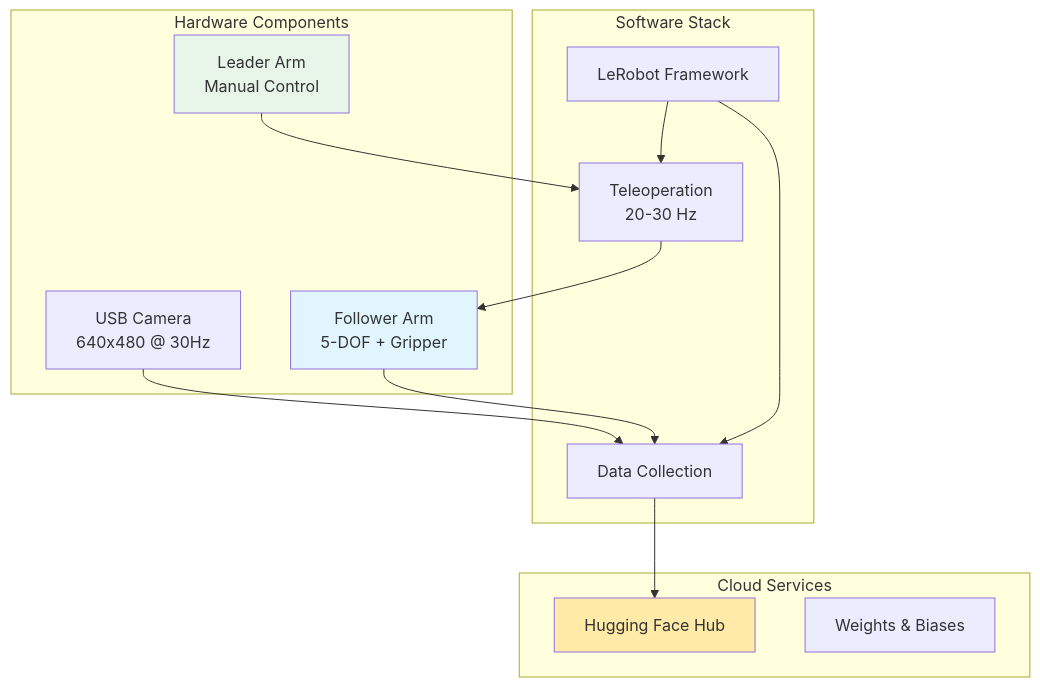
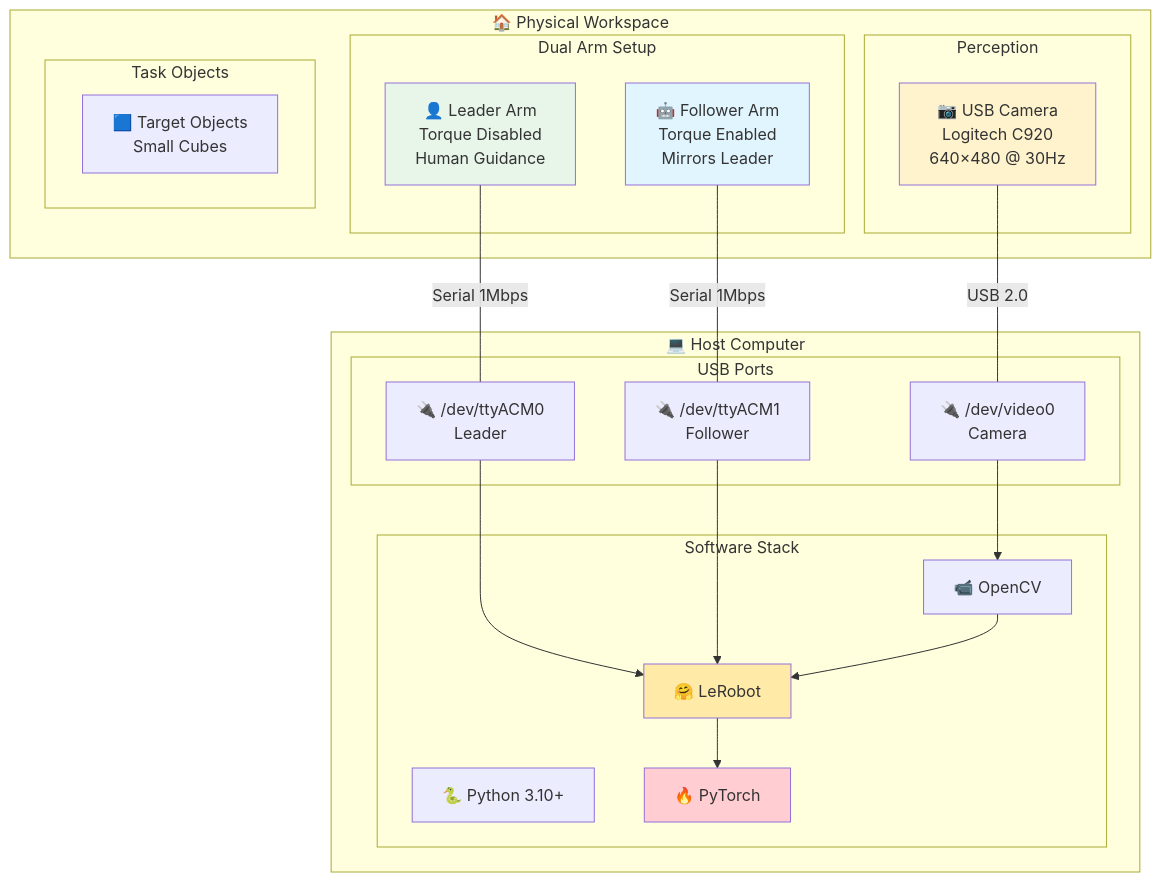
Before and after one commit to nu-jliu/nu-jliu.github.io: the first of 5 diagrams in _posts/2025-12-18-allen-vla.md, drawn with Mermaid. The commit also changed other lines of this file, not shown here.

Commit message:
update diagrams

````diff
--- a/_posts/2025-12-18-allen-vla.md
+++ b/_posts/2025-12-18-allen-vla.md
@@ -37,31 +37,48 @@
 ```mermaid
 graph TB
-    subgraph Hardware["Hardware Components"]
-        LEADER["Leader Arm<br/>Manual Control"]
-        FOLLOWER["Follower Arm<br/>5-DOF + Gripper"]
-        CAM["USB Camera<br/>640x480 @ 30Hz"]
+    subgraph Workspace["🏠 Physical Workspace"]
+        subgraph Arms["Dual Arm Setup"]
+            LEADER["👤 Leader Arm<br/>Torque Disabled<br/>Human Guidance"]
+            FOLLOWER["🤖 Follower Arm<br/>Torque Enabled<br/>Mirrors Leader"]
+        end
+
+        subgraph Sensors["Perception"]
+            CAM["📷 USB Camera<br/>Logitech C920<br/>640×480 @ 30Hz"]
+        end
+
+        subgraph Objects["Task Objects"]
+            CUBE["🟦 Target Objects<br/>Small Cubes"]
+        end
     end
 
-    subgraph Software["Software Stack"]
-        LEROBOT["LeRobot Framework"]
-        TELEOP["Teleoperation<br/>20-30 Hz"]
-        COLLECT["Data Collection"]
+    subgraph Computer["💻 Host Computer"]
+        subgraph Ports["USB Ports"]
+            USB1["🔌 /dev/ttyACM0<br/>Leader"]
+            USB2["🔌 /dev/ttyACM1<br/>Follower"]
+            USB3["🔌 /dev/video0<br/>Camera"]
+        end
+
+        subgraph Software["Software Stack"]
+            PYTHON["🐍 Python 3.10+"]
+            LEROBOT["🤗 LeRobot"]
+            OPENCV["📹 OpenCV"]
+            TORCH["🔥 PyTorch"]
+        end
     end
 
-    subgraph Cloud["Cloud Services"]
-        HF["Hugging Face Hub"]
-        WANDB["Weights & Biases"]
-    end
+    LEADER ---|"Serial 1Mbps"| USB1
+    FOLLOWER ---|"Serial 1Mbps"| USB2
+    CAM ---|"USB 2.0"| USB3
 
-    LEADER --> TELEOP
-    TELEOP --> FOLLOWER
-    CAM --> COLLECT
-    FOLLOWER --> COLLECT
-    COLLECT --> HF
-    LEROBOT --> TELEOP
-    LEROBOT --> COLLECT
+    USB1 --> LEROBOT
+    USB2 --> LEROBOT
+    USB3 --> OPENCV
+    OPENCV --> LEROBOT
+    LEROBOT --> TORCH
 
     style LEADER fill:#e8f5e9
     style FOLLOWER fill:#e1f5ff
-    style HF fill:#ffeaa7
+    style CAM fill:#fff3cd
+    style LEROBOT fill:#ffeaa7
+    style TORCH fill:#ffcdd2
 ```
````
